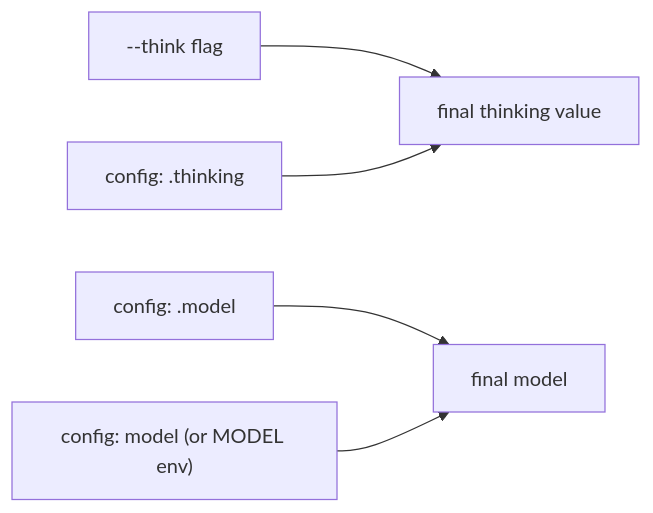
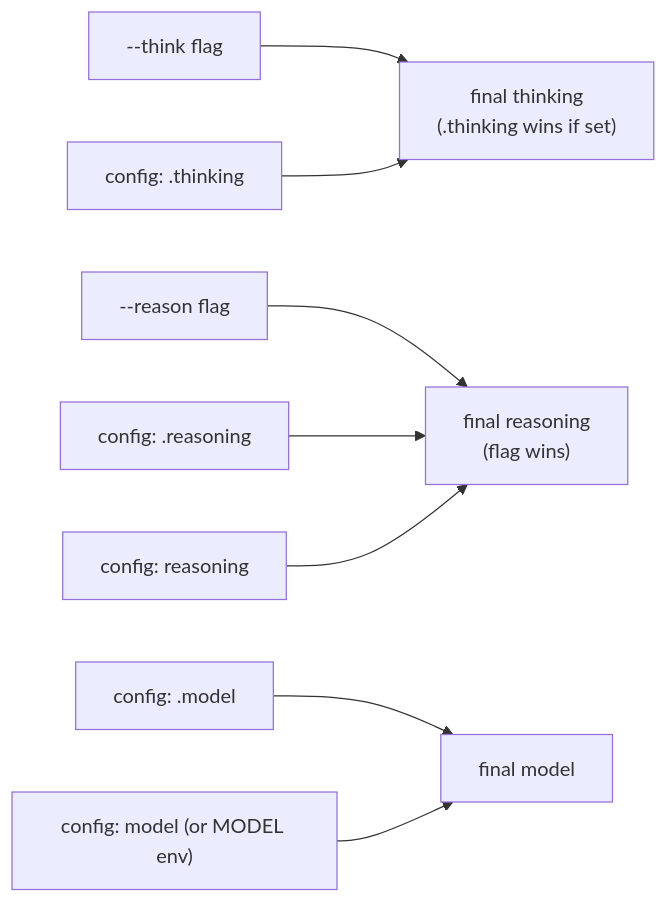
Before and after one commit to parth-nformis/gitai: the third of 3 diagrams in docs/architecture.md, drawn with Mermaid. The commit also changed other lines of this file and 18 other files, not shown here.

````diff
--- a/docs/architecture.md
+++ b/docs/architecture.md
@@ -66,7 +66,10 @@
 ```mermaid
 flowchart LR
-    F["--think flag"] --> R["final thinking value"]
-    T["config: <task>.thinking"] --> R
+    F["--think flag"] --> RT["final thinking<br/>(<task>.thinking wins if set)"]
+    T["config: <task>.thinking"] --> RT
+    RF["--reason flag"] --> RS["final reasoning<br/>(flag wins)"]
+    RTK["config: <task>.reasoning"] --> RS
+    RG["config: reasoning"] --> RS
     M["config: <task>.model"] --> MR["final model"]
     G["config: model (or MODEL env)"] --> MR
 ```
````
